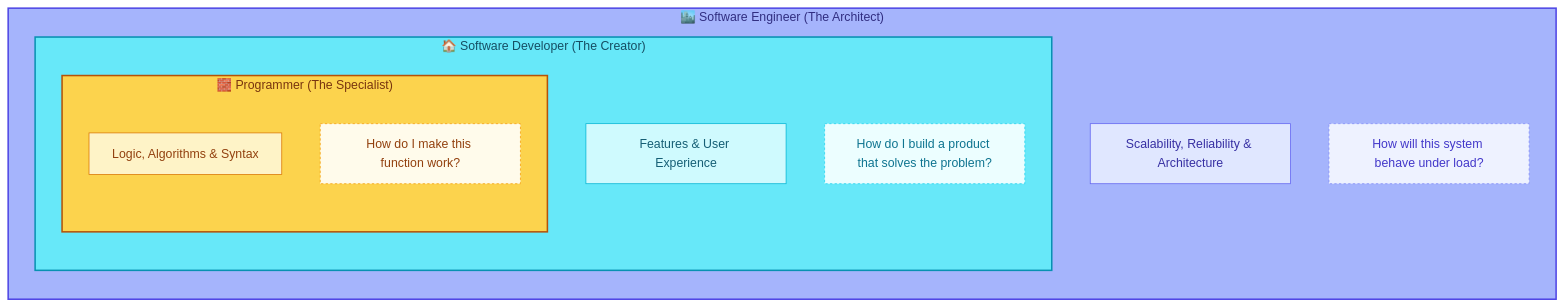
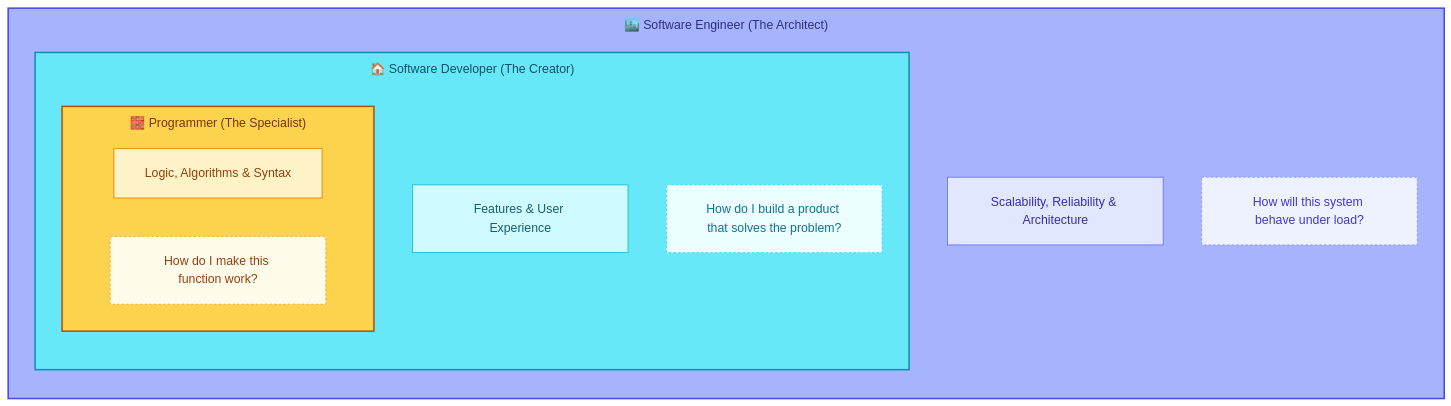
The diagram in 00-programmer-vs-developer-vs-software-enginner.md (abdulrhmansouda/software-engineer-fundamental), drawn with Mermaid before and after one commit.

Commit message:
refactor: Update Mermaid diagram to use Left-Right layout and add initialization settings.

````diff
--- a/00-programmer-vs-developer-vs-software-enginner.md
+++ b/00-programmer-vs-developer-vs-software-enginner.md
@@ -16,30 +16,31 @@
 ```mermaid
-graph TD
+%%{init: {'flowchart': {'subGraphTitleMargin': {'top': 10, 'bottom': 10}, 'padding': 20, 'htmlLabels': true}}}%%
+graph LR
     subgraph SE ["🏙️ Software Engineer (The Architect)"]
         direction TB
         SE_Focus["Scalability, Reliability & Architecture"]
         SE_Mind["How will this system behave under load?"]
         
         subgraph SD ["🏠 Software Developer (The Creator)"]
             direction TB
             SD_Focus["Features & User Experience"]
             SD_Mind["How do I build a product that solves the problem?"]
             
             subgraph P ["🧱 Programmer (The Specialist)"]
-                direction TB
+                direction LR
                 P_Focus["Logic, Algorithms & Syntax"]
                 P_Mind["How do I make this function work?"]
             end
         end
     end
 
     style P fill:#fcd34d,stroke:#b45309,stroke-width:2px,color:#78350f
     style SD fill:#67e8f9,stroke:#0891b2,stroke-width:2px,color:#164e63
     style SE fill:#a5b4fc,stroke:#4f46e5,stroke-width:2px,color:#312e81
     style P_Focus fill:#fef3c7,stroke:#d97706,color:#92400e
     style SD_Focus fill:#cffafe,stroke:#06b6d4,color:#155e75
     style SE_Focus fill:#e0e7ff,stroke:#6366f1,color:#3730a3
     style P_Mind fill:#fffbeb,stroke:#f59e0b,stroke-dasharray:3,color:#92400e
     style SD_Mind fill:#ecfeff,stroke:#22d3ee,stroke-dasharray:3,color:#0e7490
     style SE_Mind fill:#eef2ff,stroke:#818cf8,stroke-dasharray:3,color:#4338ca
 ```
````
